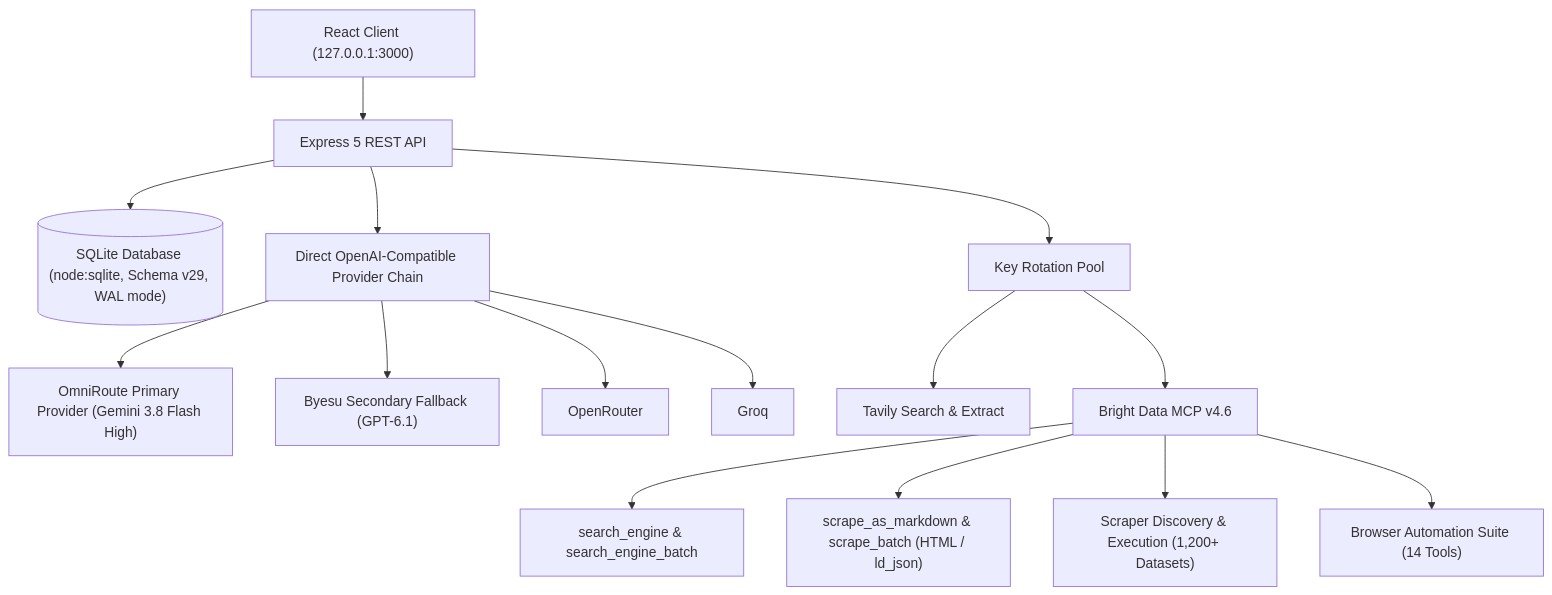
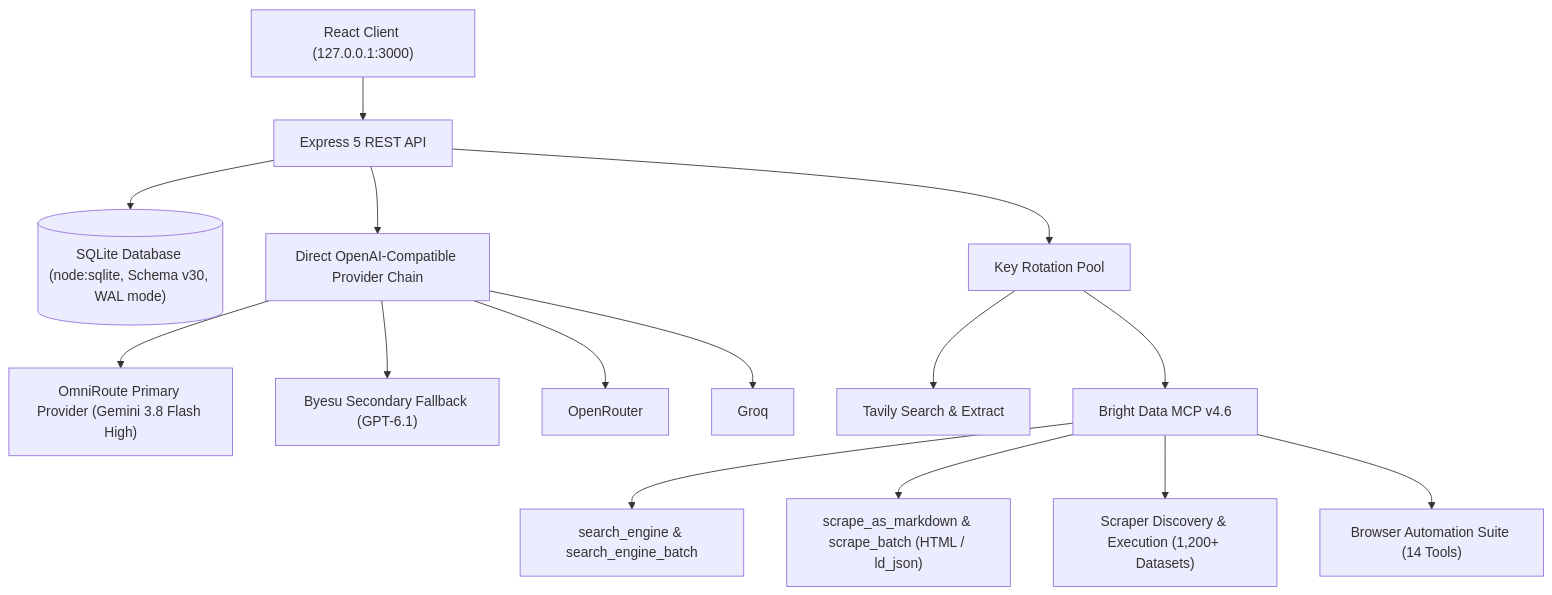
One commit to AliasHolmes/Apex-CRM changed the second of 2 diagrams in README.md. Above: the diagram before and after it, drawn with Mermaid. The commit also changed other lines of this file and 4 other files, not shown here.

Commit message:
feat(telemetry): wire prompt versioning and token summaries into pipeline stages (Schema v30)

````diff
--- a/README.md
+++ b/README.md
@@ -250,19 +250,19 @@
 ```mermaid
 graph TD
     UI["React Client (127.0.0.1:3000)"] --> API["Express 5 REST API"]
-    API --> DB[("SQLite Database (node:sqlite, Schema v29, WAL mode)")]
+    API --> DB[("SQLite Database (node:sqlite, Schema v30, WAL mode)")]
 
     API --> Direct["Direct OpenAI-Compatible Provider Chain"]
     Direct --> Primary["OmniRoute Primary Provider (Gemini 3.8 Flash High)"]
     Direct --> Secondary["Byesu Secondary Fallback (GPT-6.1)"]
     Direct --> OpenRouter["OpenRouter"]
     Direct --> Groq["Groq"]
 
     API --> KeyRotator["Key Rotation Pool"]
     KeyRotator --> Tavily["Tavily Search & Extract"]
     KeyRotator --> MCP["Bright Data MCP v4.6"]
     MCP --> BDSearch["search_engine & search_engine_batch"]
     MCP --> BDScrape["scrape_as_markdown & scrape_batch (HTML / ld_json)"]
     MCP --> BDScraper["Scraper Discovery & Execution (1,200+ Datasets)"]
     MCP --> BDBrowser["Browser Automation Suite (14 Tools)"]
 ```
````
